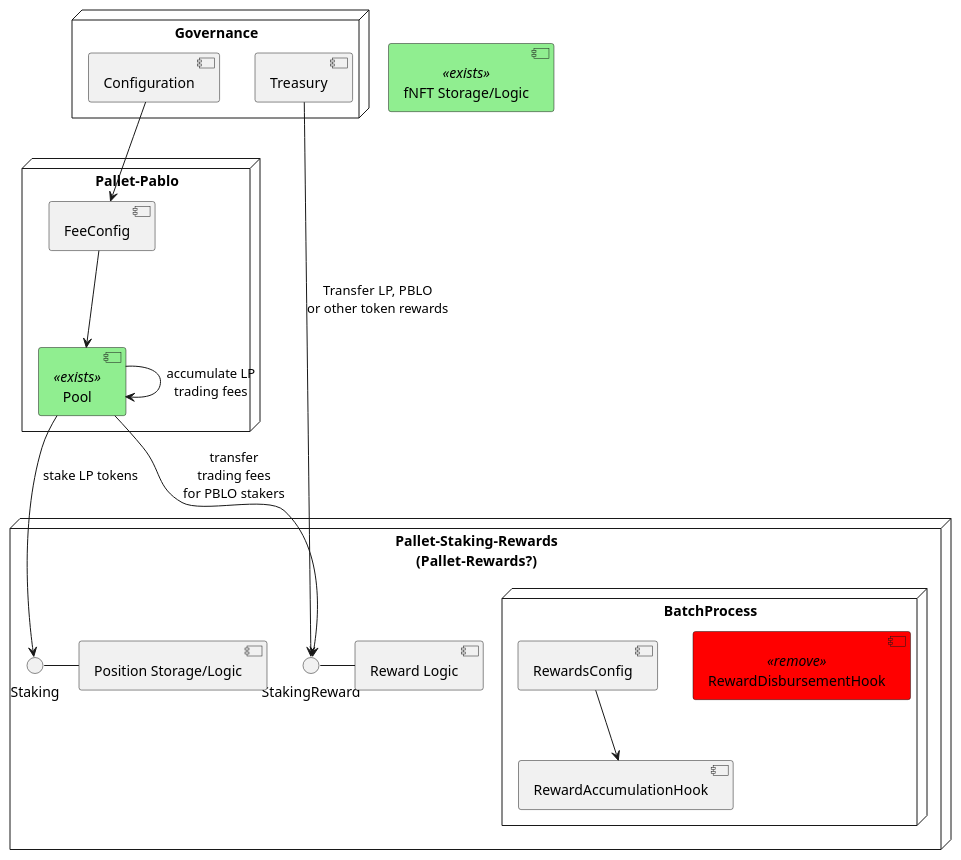
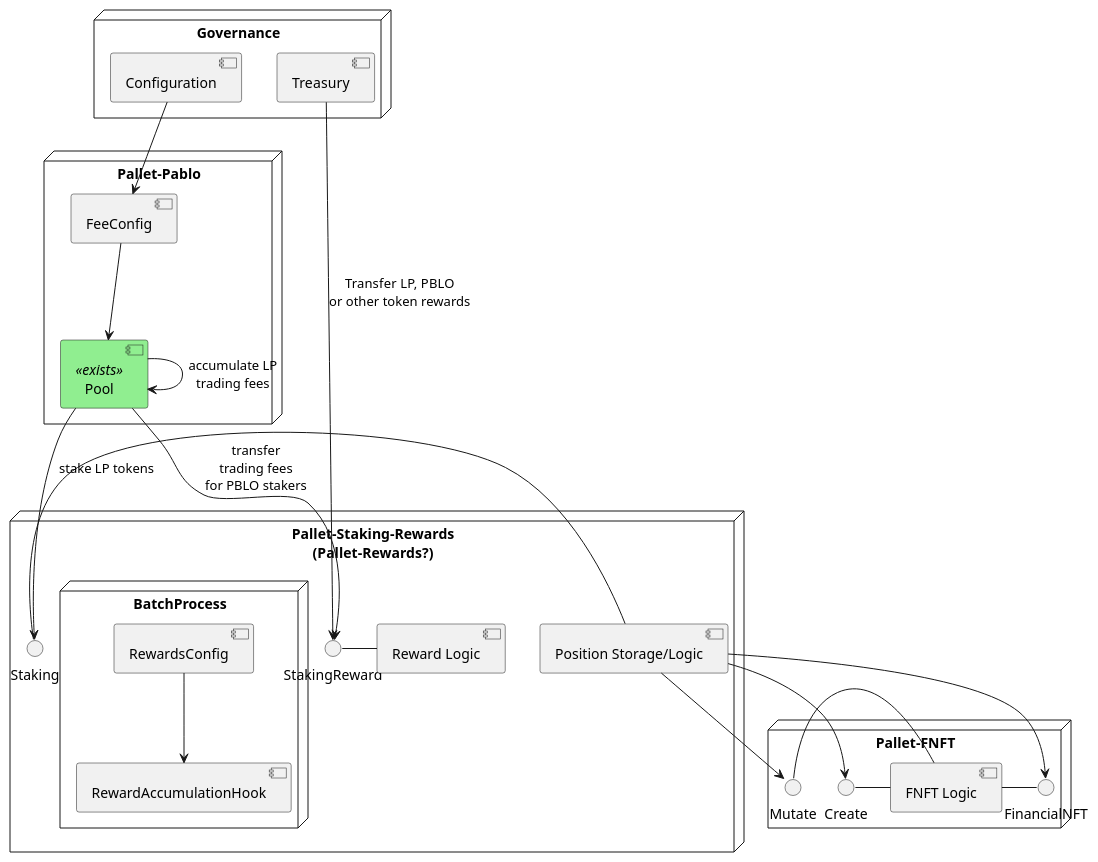
Before and after one commit to ComposableFi/composable: the second of 9 diagrams in rfcs/0005-pablo-distribution-assets/0005-pablo-distribution.adoc, drawn with PlantUML. The commit also changed other lines of this file and 65 other files, not shown here.

```diff
--- a/rfcs/0005-pablo-distribution-assets/0005-pablo-distribution.adoc
+++ b/rfcs/0005-pablo-distribution-assets/0005-pablo-distribution.adoc
@@ -145,34 +151,39 @@
 [plantuml,images/pablo-distribution-verview,png]
 ----
 skinparam component {
   backgroundColor<<exists>> LightGreen
-  backgroundColor<<remove>> Red
+  backgroundColor<<todo>> Red
+}
+
+node "Pallet-FNFT" {
+    FinancialNFT - [FNFT Logic]
+    Mutate - [FNFT Logic]
+    Create - [FNFT Logic]
 }
 
 node "Pallet-Staking-Rewards\n(Pallet-Rewards?)" {
     StakingReward - [Reward Logic]
     Staking - [Position Storage/Logic]
     Node "BatchProcess" {
-        [RewardDisbursementHook]
         [RewardsConfig] --> [RewardAccumulationHook]
     }
+    [Position Storage/Logic] -down-> FinancialNFT
+    [Position Storage/Logic] -down-> Mutate
+    [Position Storage/Logic] -down-> Create
 }
-
-[fNFT Storage/Logic] <<exists>>
-[RewardDisbursementHook] <<remove>>
 
 node "Pallet-Pablo" {
     [Pool] --> StakingReward : transfer\ntrading fees\nfor PBLO stakers
     [Pool] --> Staking : stake LP tokens
     [Pool] --> [Pool] : accumulate LP\ntrading fees
     [FeeConfig] --> [Pool]
 }
 
 [Pool] <<exists>>
 
 
 node "Governance" {
     [Configuration] --> [FeeConfig]
     [Treasury]--> StakingReward: Transfer LP, PBLO\nor other token rewards
 }
 ----
```
